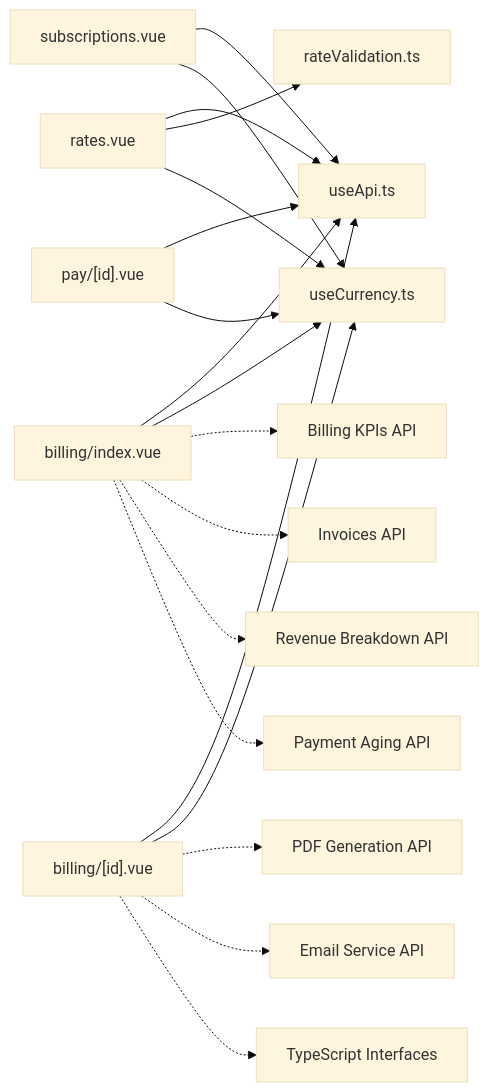
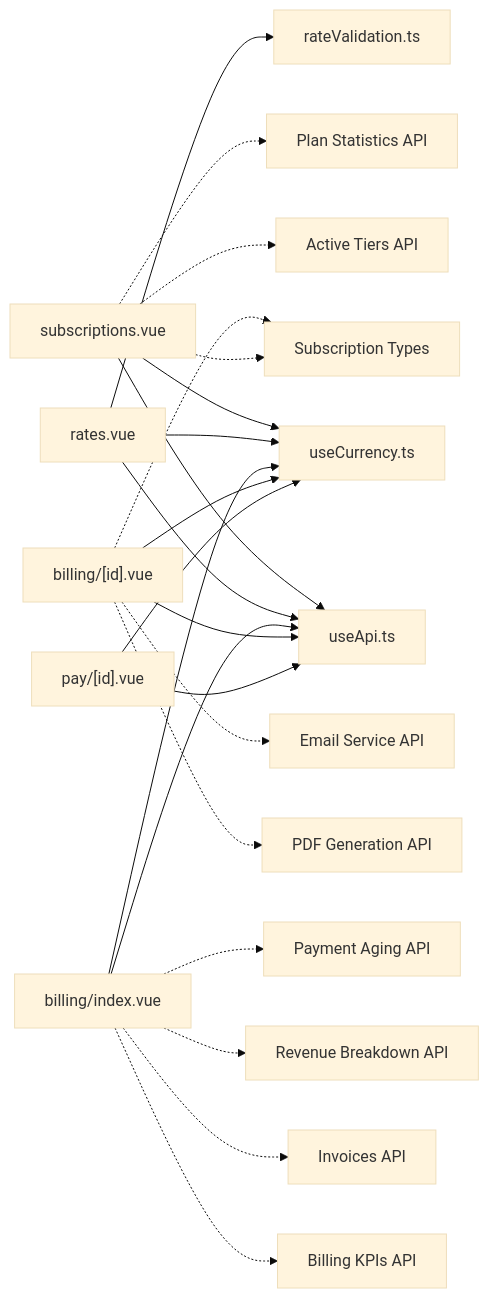
Before and after one commit to Lazynerd-Studios/lacarte-atlas-console: the third of 3 diagrams in .qoder/repowiki/en/content/Business Modules/Billing & Subscriptions/Billing & Subscriptions.md, drawn with Mermaid (base theme). The commit also changed other lines of this file and 22 other files, not shown here.

````diff
--- a/.qoder/repowiki/en/content/Business Modules/Billing & Subscriptions/Billing & Subscriptions.md
+++ b/.qoder/repowiki/en/content/Business Modules/Billing & Subscriptions/Billing & Subscriptions.md
@@ -356,21 +360,24 @@
 ```mermaid
 graph LR
 SubPlans["subscriptions.vue"] --> Api["useApi.ts"]
 Rates["rates.vue"] --> Api
 Billing["billing/index.vue"] --> Api
 InvoiceDetail["billing/[id].vue"] --> Api
 PayPortal["pay/[id].vue"] --> Api
 Rates --> Validation["rateValidation.ts"]
 SubPlans --> Currency["useCurrency.ts"]
 Rates --> Currency
 Billing --> Currency
 InvoiceDetail --> Currency
 PayPortal --> Currency
 Billing -.-> KPIs["Billing KPIs API"]
 Billing -.-> Invoices["Invoices API"]
 Billing -.-> Revenue["Revenue Breakdown API"]
 Billing -.-> Aging["Payment Aging API"]
 InvoiceDetail -.-> PDF["PDF Generation API"]
 InvoiceDetail -.-> Email["Email Service API"]
 InvoiceDetail -.-> Types["TypeScript Interfaces"]
+SubPlans -.-> ActiveTiers["Active Tiers API"]
+SubPlans -.-> PlanStats["Plan Statistics API"]
+SubPlans -.-> Types["Subscription Types"]
 ```
````
